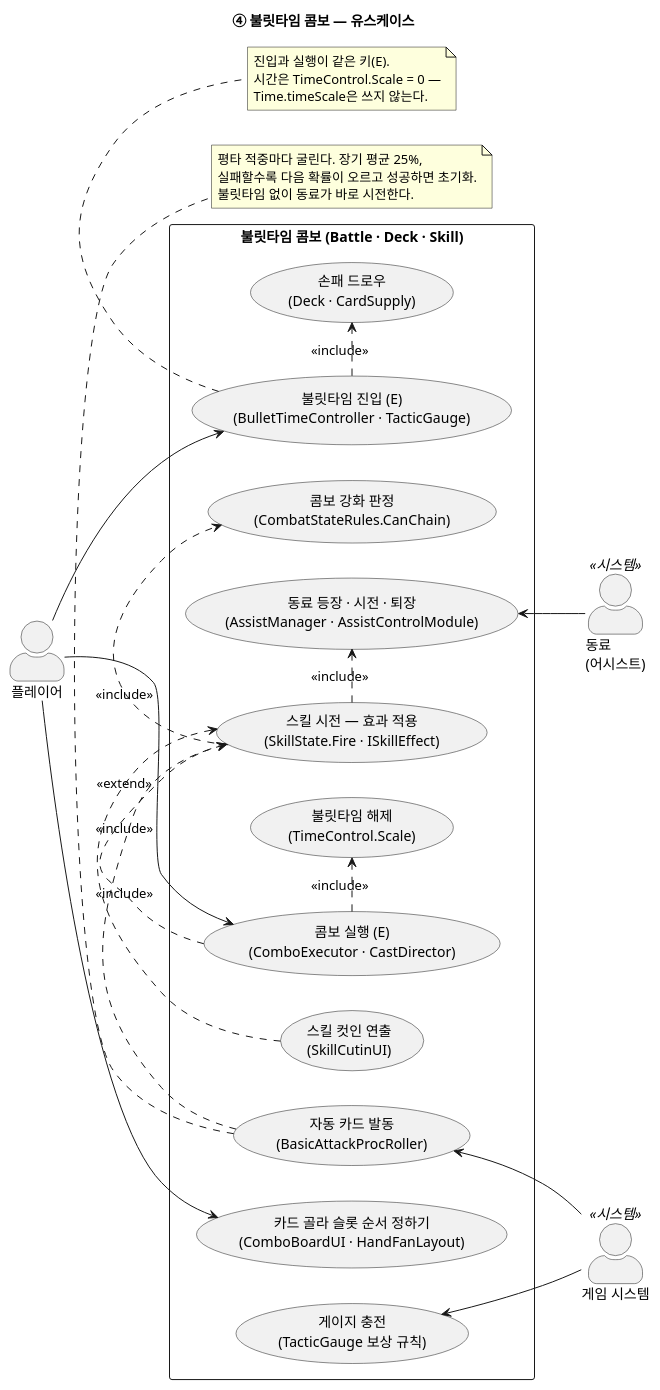
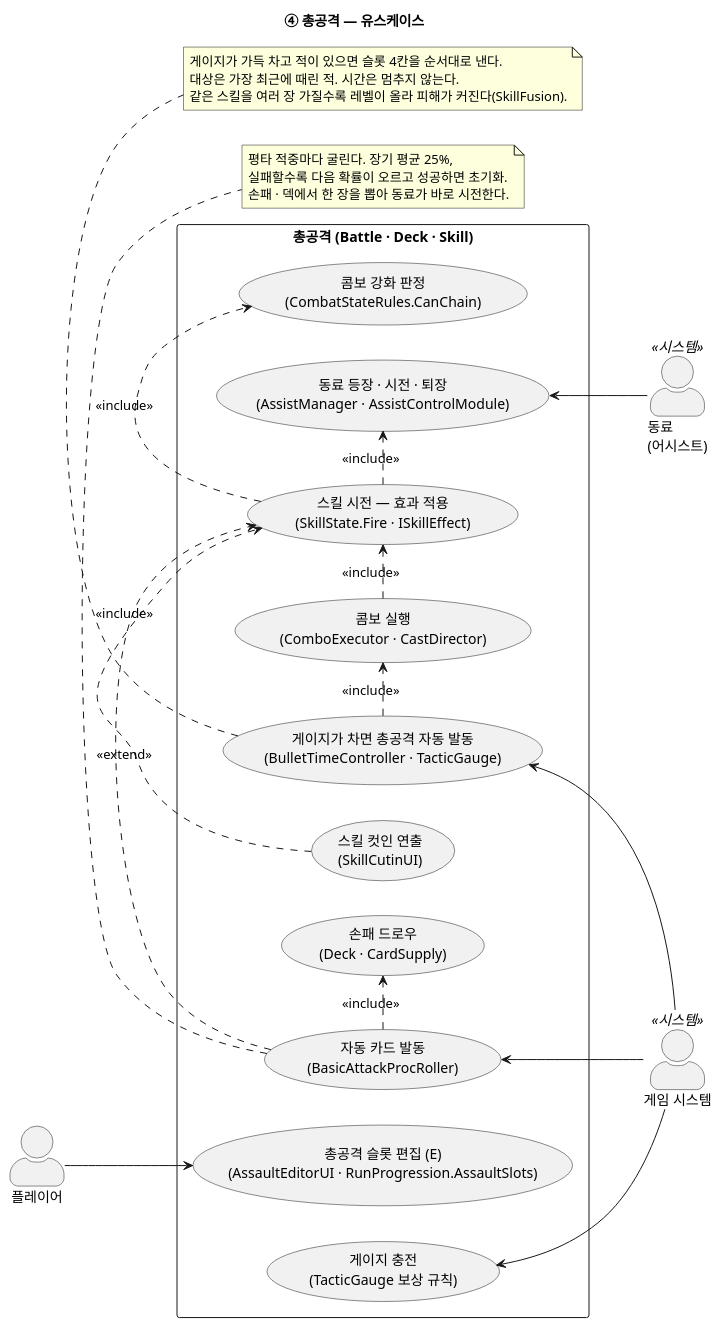
One commit to jukanmi/Prototype changed the diagram in docs/uml/usecase-04-Tactic.puml. Above: the diagram before and after it, drawn with PlantUML. The commit also changed 193 other files, not shown here.

```diff
--- a/docs/uml/usecase-04-Tactic.puml
+++ b/docs/uml/usecase-04-Tactic.puml
@@ -1,55 +1,53 @@
 @startuml usecase-04-Tactic
-' ④ 불릿타임 콤보 — 시간 정지 · 카드 배치 · 실행 · 어시스트
-title ④ 불릿타임 콤보 — 유스케이스
+' ④ 총공격 — 슬롯 편집 · 자동 발동 · 실행 · 어시스트
+title ④ 총공격 — 유스케이스
 
 left to right direction
 skinparam shadowing false
 skinparam actorStyle awesome
 
 actor "플레이어" as Player
 actor "동료\n(어시스트)" as Ally <<시스템>>
 actor "게임 시스템" as GameSys <<시스템>>
 
-rectangle "불릿타임 콤보 (Battle · Deck · Skill)" {
-  usecase "불릿타임 진입 (E)\n(BulletTimeController · TacticGauge)" as UC_Enter
+rectangle "총공격 (Battle · Deck · Skill)" {
+  usecase "총공격 슬롯 편집 (E)\n(AssaultEditorUI · RunProgression.AssaultSlots)" as UC_Edit
+  usecase "게이지가 차면 총공격 자동 발동\n(BulletTimeController · TacticGauge)" as UC_Assault
+  usecase "콤보 실행\n(ComboExecutor · CastDirector)" as UC_Exec
   usecase "손패 드로우\n(Deck · CardSupply)" as UC_Draw
-  usecase "카드 골라 슬롯 순서 정하기\n(ComboBoardUI · HandFanLayout)" as UC_Order
-  usecase "콤보 실행 (E)\n(ComboExecutor · CastDirector)" as UC_Exec
   usecase "동료 등장 · 시전 · 퇴장\n(AssistManager · AssistControlModule)" as UC_Assist
   usecase "스킬 시전 — 효과 적용\n(SkillState.Fire · ISkillEffect)" as UC_Cast
   usecase "스킬 컷인 연출\n(SkillCutinUI)" as UC_Cutin
   usecase "콤보 강화 판정\n(CombatStateRules.CanChain)" as UC_Chain
-  usecase "불릿타임 해제\n(TimeControl.Scale)" as UC_Exit
   usecase "자동 카드 발동\n(BasicAttackProcRoller)" as UC_Proc
   usecase "게이지 충전\n(TacticGauge 보상 규칙)" as UC_Gauge
 }
 
-Player --> UC_Enter
-Player --> UC_Order
-Player --> UC_Exec
+Player --> UC_Edit
 
-UC_Enter .> UC_Draw : <<include>>
+UC_Assault <-- GameSys
+UC_Assault .> UC_Exec : <<include>>
 UC_Exec .> UC_Cast : <<include>>
-UC_Exec .> UC_Exit : <<include>>
 UC_Cast .> UC_Chain : <<include>>
 UC_Cutin .> UC_Cast : <<extend>>
 
 UC_Assist <-- Ally
 UC_Cast .> UC_Assist : <<include>>
 
 UC_Proc <-- GameSys
 UC_Gauge <-- GameSys
+UC_Proc .> UC_Draw : <<include>>
 UC_Proc .> UC_Cast : <<include>>
 
 note bottom of UC_Proc
   평타 적중마다 굴린다. 장기 평균 25%,
   실패할수록 다음 확률이 오르고 성공하면 초기화.
-  불릿타임 없이 동료가 바로 시전한다.
+  손패 · 덱에서 한 장을 뽑아 동료가 바로 시전한다.
 end note
 
-note bottom of UC_Enter
-  진입과 실행이 같은 키(E).
-  시간은 TimeControl.Scale = 0 —
-  Time.timeScale은 쓰지 않는다.
+note bottom of UC_Assault
+  게이지가 가득 차고 적이 있으면 슬롯 4칸을 순서대로 낸다.
+  대상은 가장 최근에 때린 적. 시간은 멈추지 않는다.
+  같은 스킬을 여러 장 가질수록 레벨이 올라 피해가 커진다(SkillFusion).
 end note
 @enduml
```
